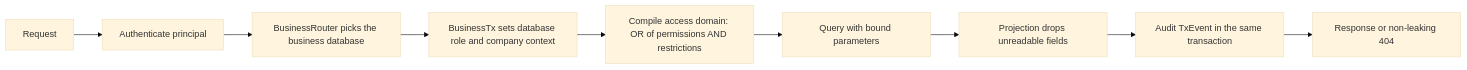
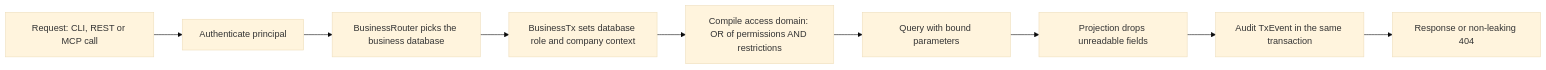
The first of 3 diagrams in docs/spec/security-privacy.md (SpaceCorps/obop), drawn with Mermaid (base theme) before and after one commit. The commit also changed other lines of this file and 10 other files, not shown here.

````diff
--- a/docs/spec/security-privacy.md
+++ b/docs/spec/security-privacy.md
@@ -197,11 +211,11 @@
 ```mermaid
 flowchart LR
-  R["Request"] --> A["Authenticate principal"]
+  R["Request: CLI, REST or MCP call"] --> A["Authenticate principal"]
   A --> B["BusinessRouter picks the business database"]
   B --> T["BusinessTx sets database role and company context"]
   T --> C["Compile access domain: OR of permissions AND restrictions"]
   C --> Q["Query with bound parameters"]
   Q --> P["Projection drops unreadable fields"]
   P --> L["Audit TxEvent in the same transaction"]
   L --> O["Response or non-leaking 404"]
 ```
````
